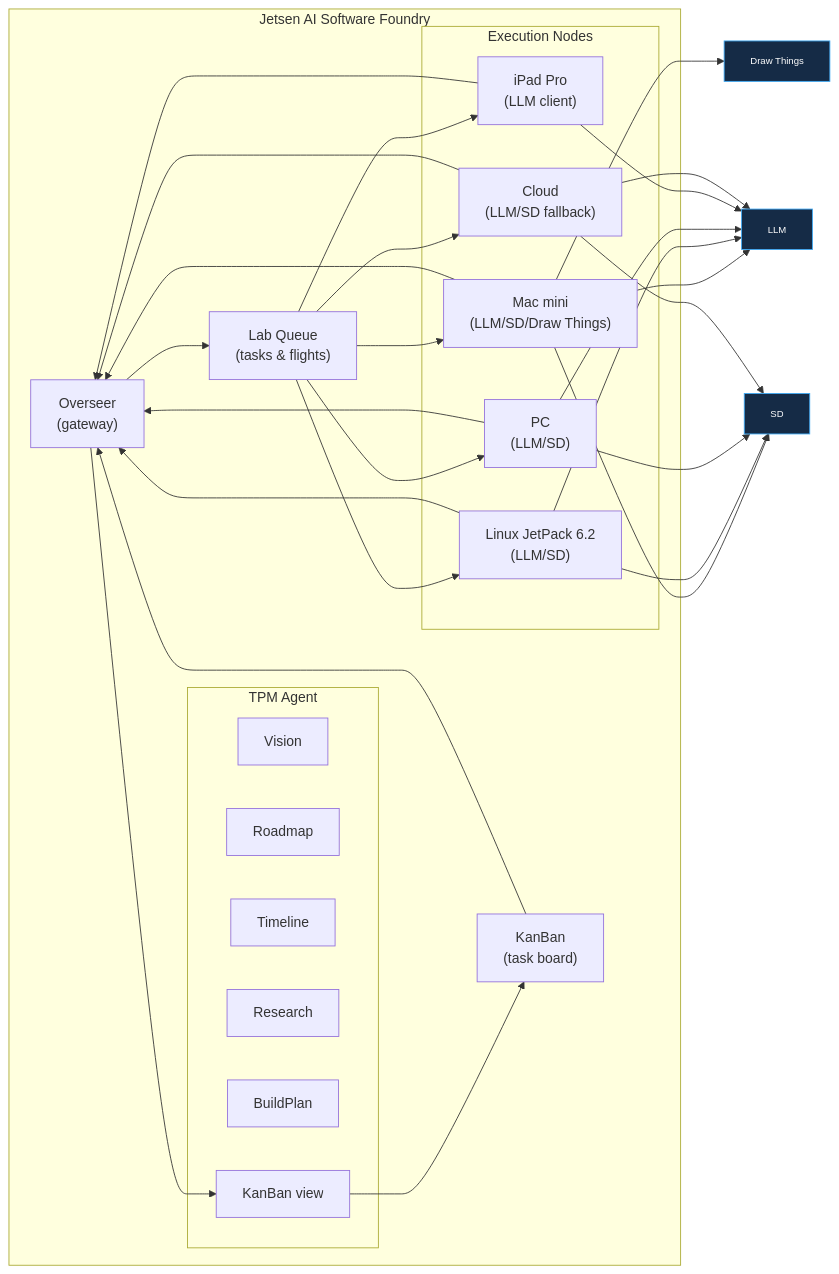
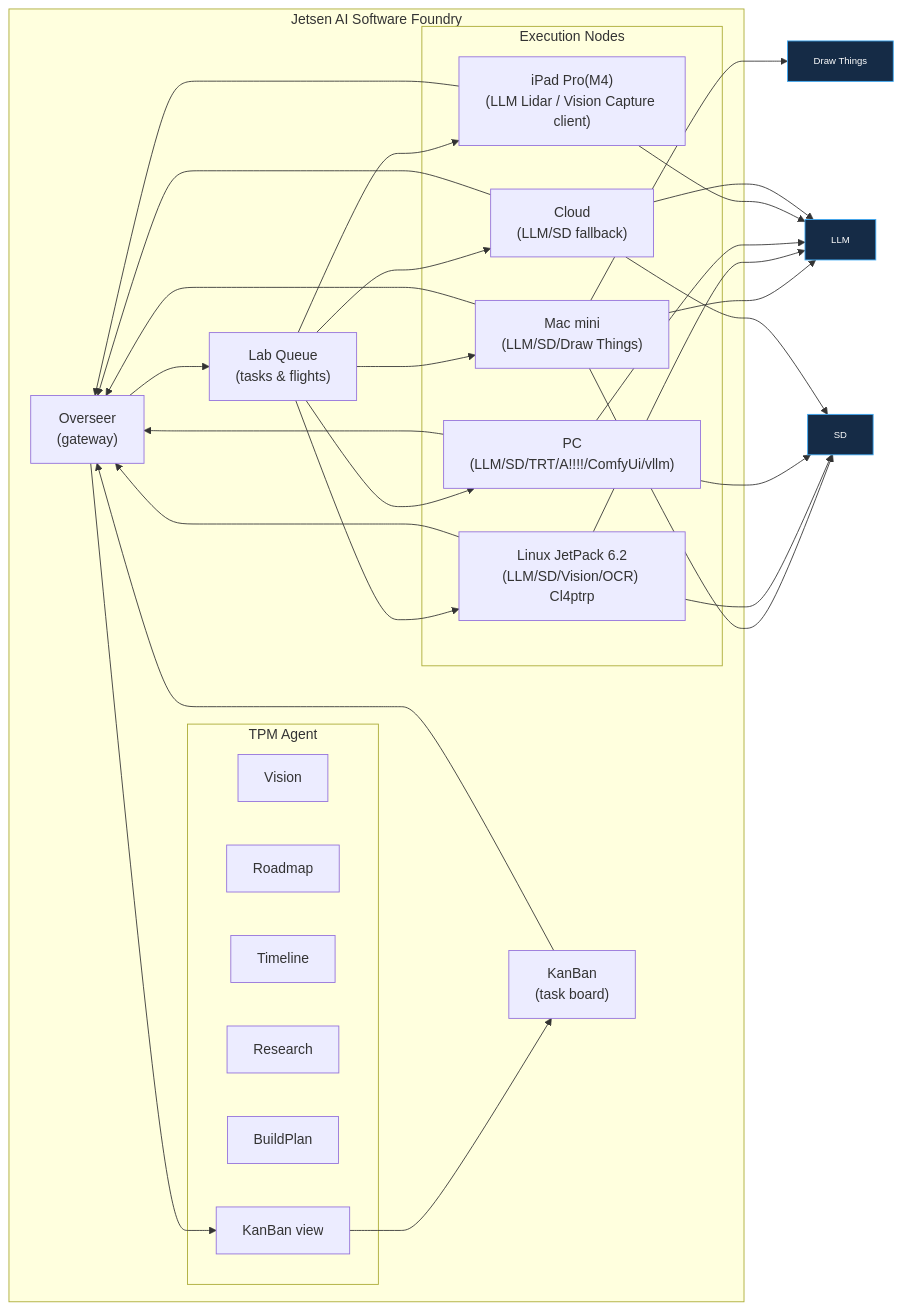
One commit to JessJetsen/JetsenAiSoftwareFoundry changed the diagram in README.md. Above: the diagram before and after it, drawn with Mermaid.

Commit message:
Update execution nodes descriptions in README

````diff
--- a/README.md
+++ b/README.md
@@ -7,62 +7,62 @@
 ```mermaid
 flowchart LR
     subgraph Lab["Jetsen AI Software Foundry"]
         O["Overseer\n(gateway)"]
         KB["KanBan\n(task board)"]
         Q["Lab Queue\n(tasks & flights)"]
 
         %% TPM side (separate)
         subgraph TPM["TPM Agent"]
             V["Vision"]
             R["Roadmap"]
             T["Timeline"]
             RS["Research"]
             BP["BuildPlan"]
             KBT["KanBan view"]
         end
 
         KBT --> KB
         KB --> O
         O --> Q
 
         subgraph Nodes["Execution Nodes"]
             MM["Mac mini\n(LLM/SD/Draw Things)"]
-            LX["Linux JetPack 6.2\n(LLM/SD)"]
-            PC["PC\n(LLM/SD)"]
-            IP["iPad Pro\n(LLM client)"]
+            LX["Linux JetPack 6.2\n(LLM/SD/Vision/OCR) Cl4ptrp "]
+            PC["PC\n(LLM/SD/TRT/A!!!!/ComfyUi/vllm)"]
+            IP["iPad Pro(M4)\n(LLM Lidar / Vision Capture client)"]
             CL["Cloud\n(LLM/SD fallback)"]
         end
 
         Q --> MM
         Q --> LX
         Q --> PC
         Q --> IP
         Q --> CL
 
         MM --> O
         LX --> O
         PC --> O
         IP --> O
         CL --> O
 
         O --> KBT
     end
 
     %% Capability bubbles
     classDef cap fill:#152b46,stroke:#3da9f5,color:#fff,font-size:11px;
     capLLM["LLM"]:::cap
     capSD["SD"]:::cap
     capDT["Draw Things"]:::cap
 
     MM --> capLLM
     MM --> capSD
     MM --> capDT
     LX --> capLLM
     LX --> capSD
     PC --> capLLM
     PC --> capSD
     IP --> capLLM
     CL --> capLLM
     CL --> capSD
 
 ```
````
